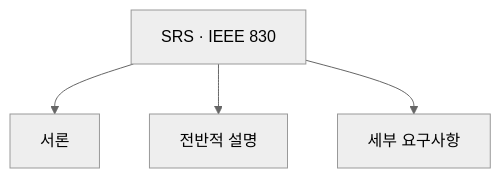
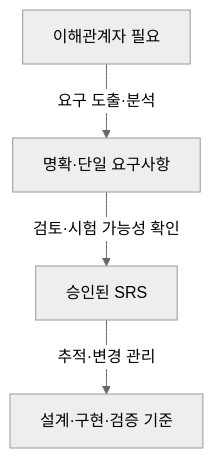
One commit to agnusdei1207/study changed the first of 2 diagrams in src/content/docs/notes/itpe/02-software-engineering/054_requirements_specification.md. Above: the diagram before and after it, drawn with Mermaid (neutral theme). The commit also changed other lines of this file and 31 other files, not shown here.

Commit message:
docs(itpe): correct software engineering architecture and test notes

````diff
--- a/src/content/docs/notes/itpe/02-software-engineering/054_requirements_specification.md
+++ b/src/content/docs/notes/itpe/02-software-engineering/054_requirements_specification.md
@@ -64,6 +65,6 @@
 ```mermaid
-flowchart TB
-    SRS["SRS · IEEE 830"] --> A["서론"]
-    SRS --> B["전반적 설명"]
-    SRS --> C["세부 요구사항"]
+flowchart TD
+    A["이해관계자 필요"] -->|"요구 도출·분석"| B["명확·단일 요구사항"]
+    B -->|"검토·시험 가능성 확인"| C["승인된 SRS"]
+    C -->|"추적·변경 관리"| D["설계·구현·검증 기준"]
 ```
````
